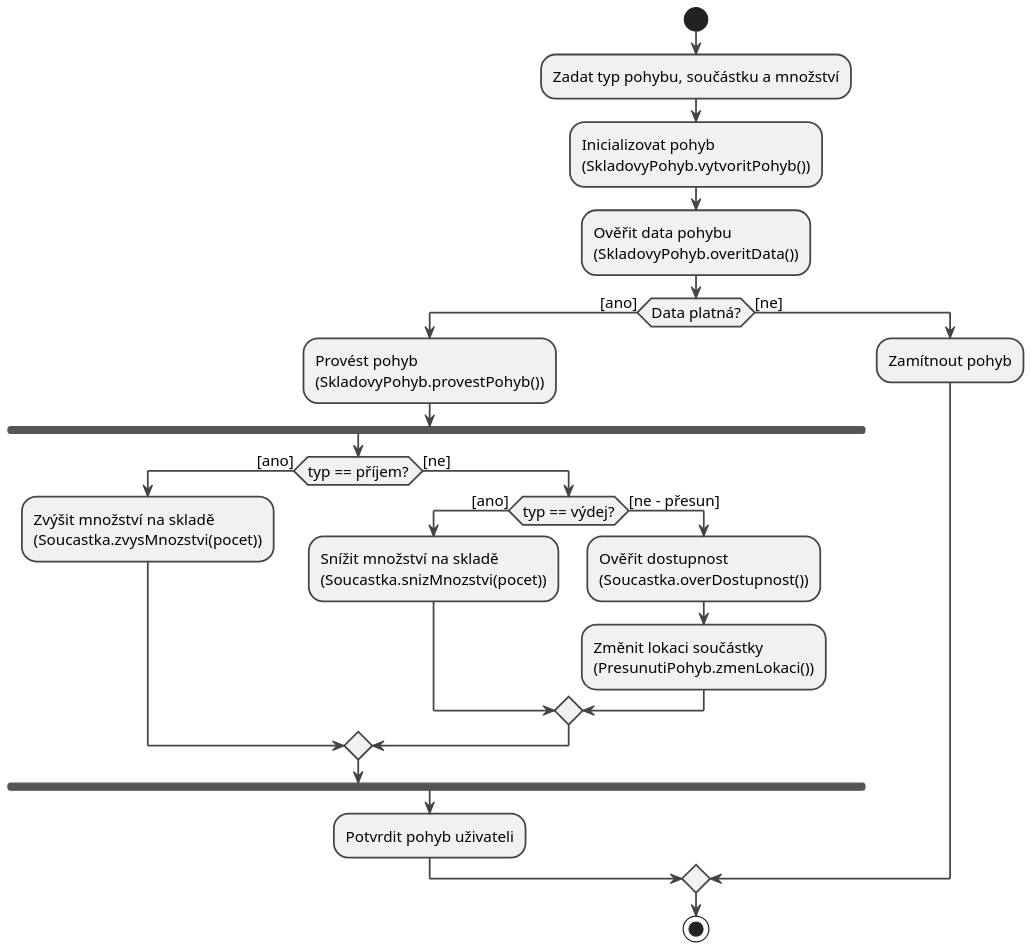
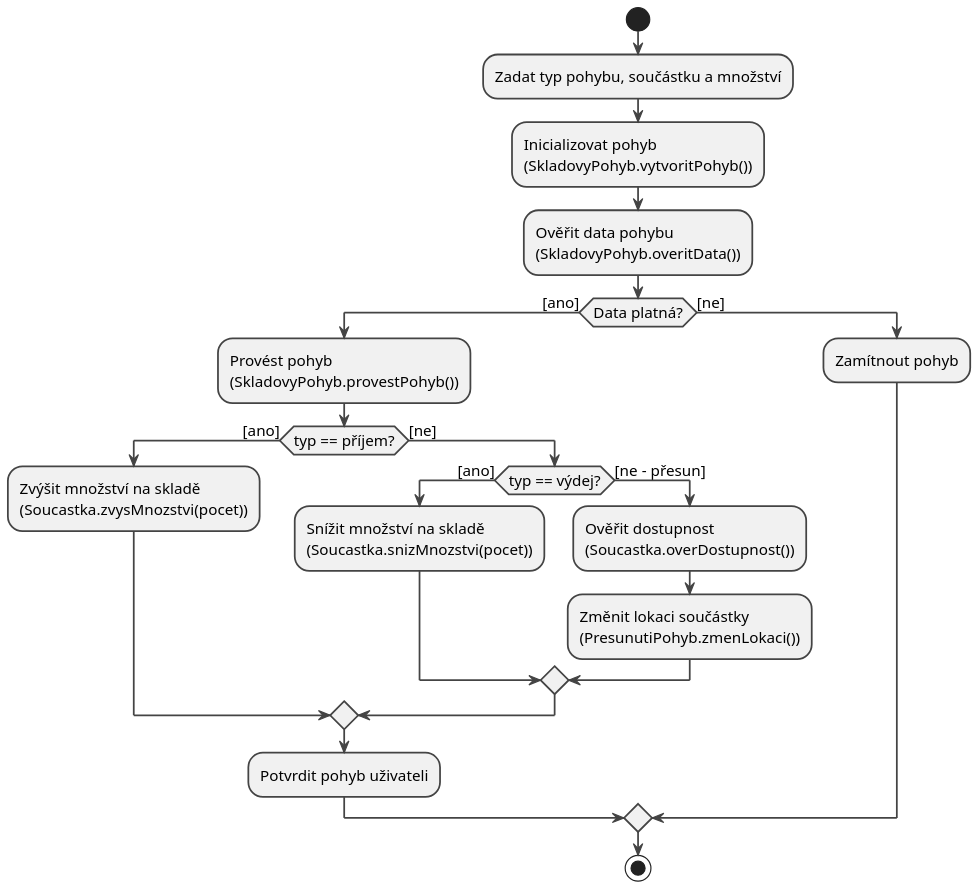
The diagram in diagrams/12_activity_wms.puml (lkvapil/kOdevzdaniProjektWMS), drawn with PlantUML before and after one commit. The commit also changed 1 other file, not shown here.

Commit message:
Diagram aktivit – odstraněn fork, čisté if/else

```diff
--- a/diagrams/12_activity_wms.puml
+++ b/diagrams/12_activity_wms.puml
@@ -1,40 +1,38 @@
 @startuml
 scale 1.5
 skinparam defaultFontSize 13
 skinparam ArrowThickness 1.5
 skinparam ActivityBorderThickness 1.5
 skinparam ActivityDiamondBorderThickness 1.5
 skinparam ActivityBorderColor #444444
 skinparam ActivityDiamondBorderColor #444444
 skinparam ArrowColor #444444
 
 start
 
 :Zadat typ pohybu, součástku a množství;
 :Inicializovat pohyb\n(SkladovyPohyb.vytvoritPohyb());
 :Ověřit data pohybu\n(SkladovyPohyb.overitData());
 
 if (Data platná?) then ([ano])
   :Provést pohyb\n(SkladovyPohyb.provestPohyb());
 
-  fork
-    if (typ == příjem?) then ([ano])
-      :Zvýšit množství na skladě\n(Soucastka.zvysMnozstvi(pocet));
-    else ([ne])
-      if (typ == výdej?) then ([ano])
-        :Snížit množství na skladě\n(Soucastka.snizMnozstvi(pocet));
-      else ([ne – přesun])
-        :Ověřit dostupnost\n(Soucastka.overDostupnost());
-        :Změnit lokaci součástky\n(PresunutiPohyb.zmenLokaci());
-      endif
+  if (typ == příjem?) then ([ano])
+    :Zvýšit množství na skladě\n(Soucastka.zvysMnozstvi(pocet));
+  else ([ne])
+    if (typ == výdej?) then ([ano])
+      :Snížit množství na skladě\n(Soucastka.snizMnozstvi(pocet));
+    else ([ne – přesun])
+      :Ověřit dostupnost\n(Soucastka.overDostupnost());
+      :Změnit lokaci součástky\n(PresunutiPohyb.zmenLokaci());
     endif
-  end fork
+  endif
 
   :Potvrdit pohyb uživateli;
 
 else ([ne])
   :Zamítnout pohyb;
 endif
 
 stop
 @enduml
```
